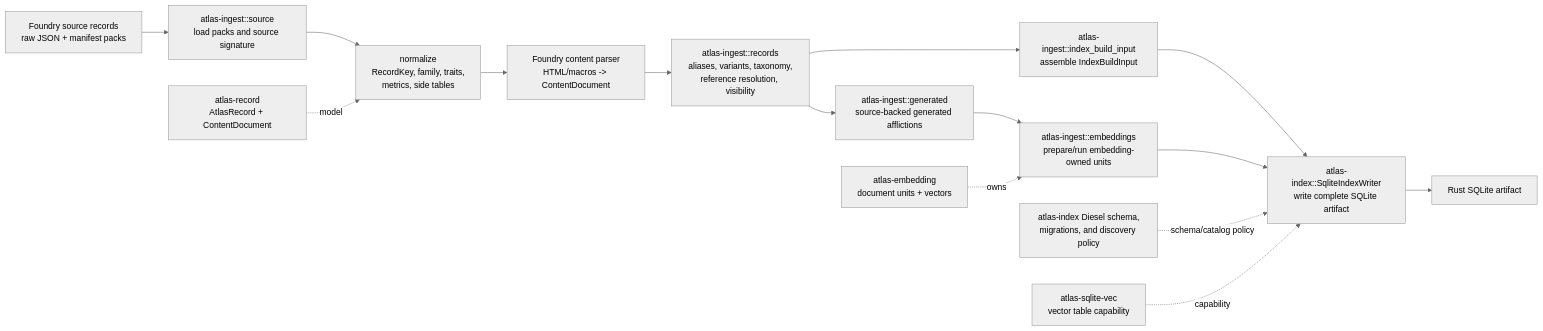
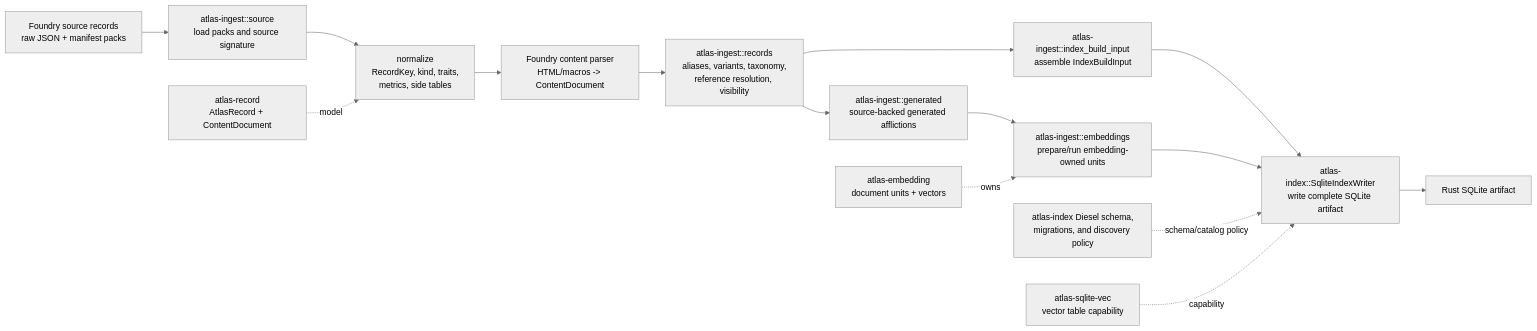
The second of 4 diagrams in docs/architecture/runtime.md (e-kosten/pf2e-atlas), drawn with Mermaid (neutral theme) before and after one commit. The commit also changed 80 other files, not shown here.

Commit message:
refactor: rename record family to kind

````diff
--- a/docs/architecture/runtime.md
+++ b/docs/architecture/runtime.md
@@ -58,18 +58,18 @@
 ```mermaid
 flowchart LR
     raw["Foundry source records<br/>raw JSON + manifest packs"] --> load["atlas-ingest::source<br/>load packs and source signature"]
-    load --> normalize["normalize<br/>RecordKey, family, traits,<br/>metrics, side tables"]
+    load --> normalize["normalize<br/>RecordKey, kind, traits,<br/>metrics, side tables"]
     normalize --> content["Foundry content parser<br/>HTML/macros -> ContentDocument"]
     content --> enrich["atlas-ingest::records<br/>aliases, variants, taxonomy,<br/>reference resolution, visibility"]
     enrich --> generated["atlas-ingest::generated<br/>source-backed generated afflictions"]
     generated --> embedPrep["atlas-ingest::embeddings<br/>prepare/run embedding-owned units"]
     enrich --> buildInput["atlas-ingest::index_build_input<br/>assemble IndexBuildInput"]
     buildInput --> writer["atlas-index::SqliteIndexWriter<br/>write complete SQLite artifact"]
     embedPrep --> writer
     writer --> sqlite["Rust SQLite artifact"]
 
     record["atlas-record<br/>AtlasRecord + ContentDocument"] -. model .-> normalize
     artifactSchema["atlas-index Diesel schema,<br/>migrations, and discovery policy"] -. schema/catalog policy .-> writer
     embedding["atlas-embedding<br/>document units + vectors"] -. owns .-> embedPrep
     sqliteVec["atlas-sqlite-vec<br/>vector table capability"] -. capability .-> writer
 ```
````
